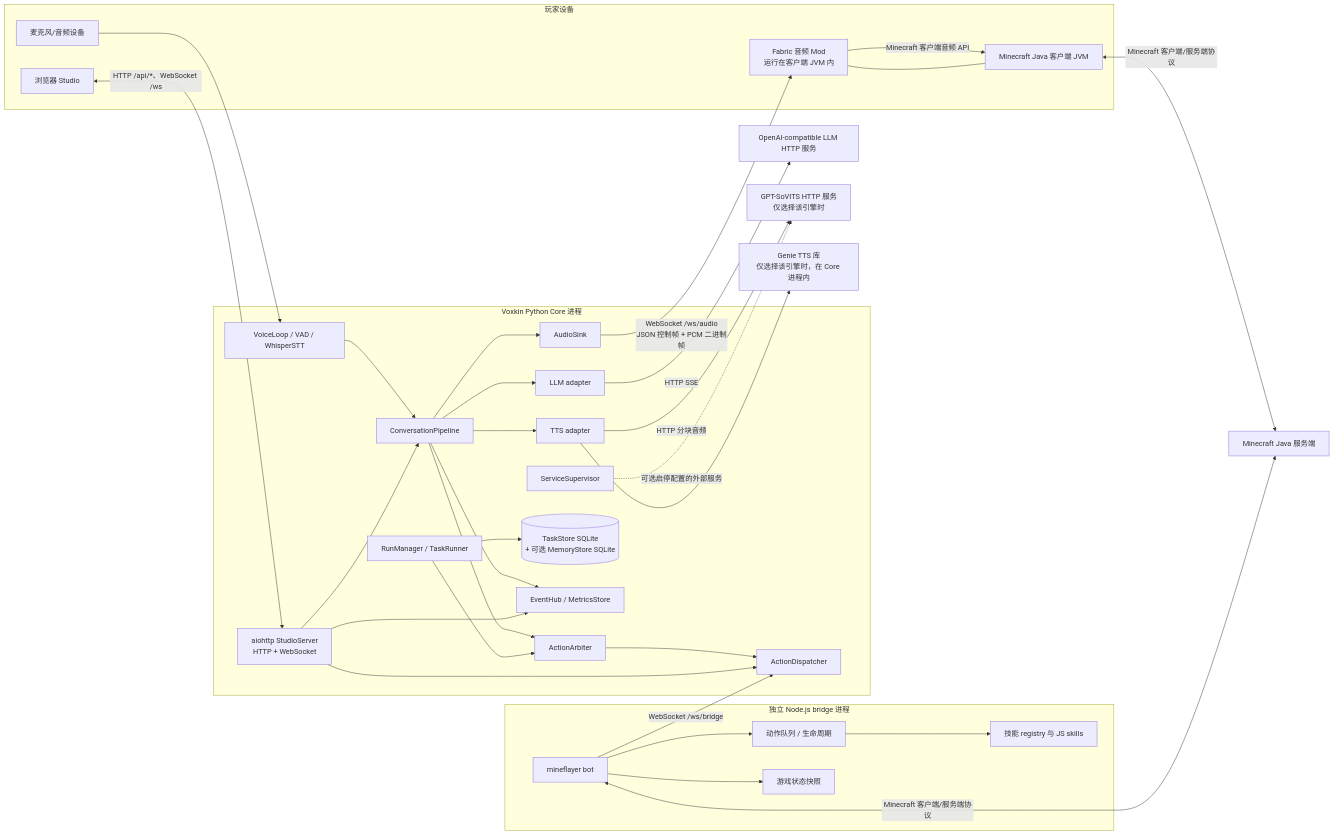
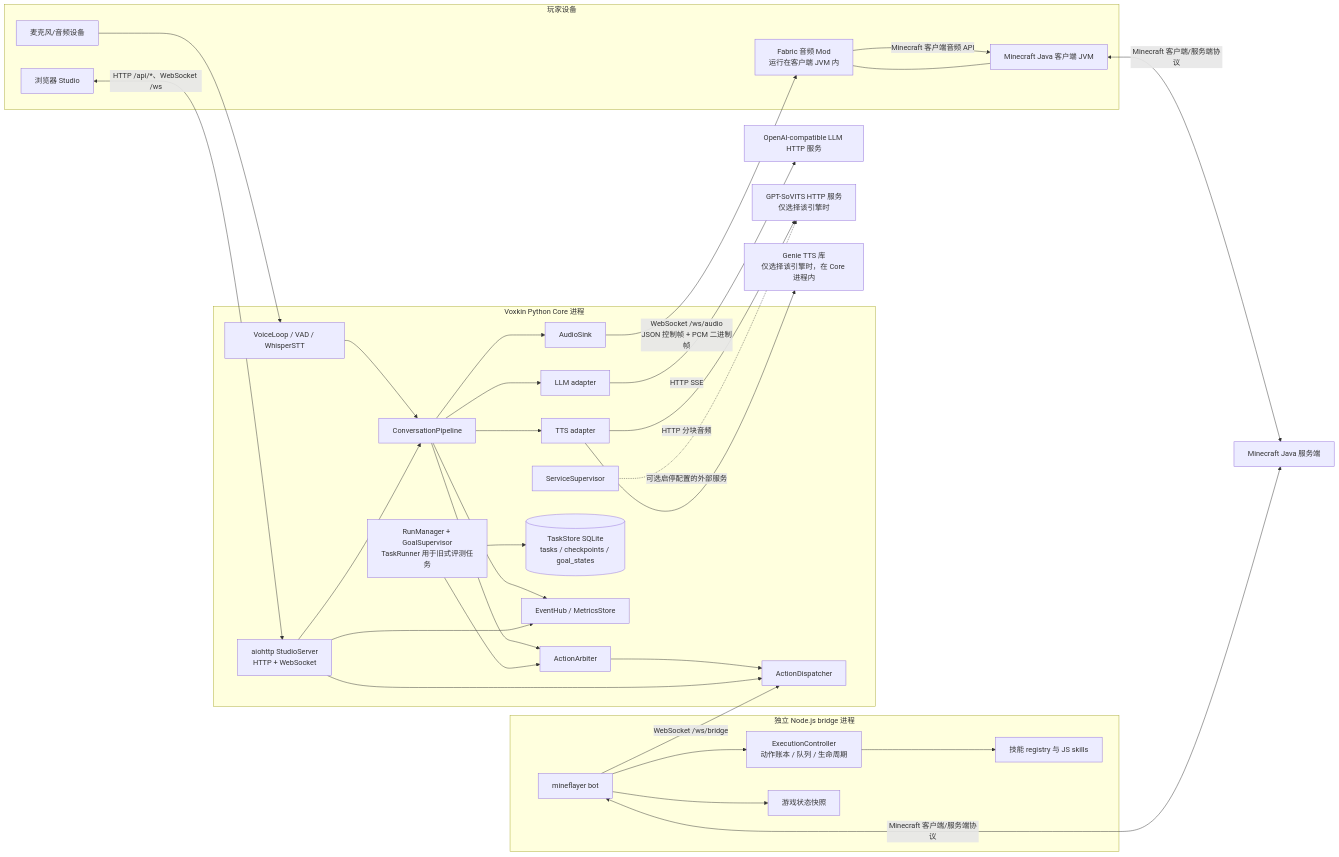
The first of 2 diagrams in docs/ARCHITECTURE.md (DeckDes233/Voxkin), drawn with Mermaid before and after one commit. The commit also changed other lines of this file and 62 other files, not shown here.

````diff
--- a/docs/ARCHITECTURE.md
+++ b/docs/ARCHITECTURE.md
@@ -19,63 +19,63 @@
 ```mermaid
 flowchart LR
     subgraph Client[玩家设备]
         MIC[麦克风/音频设备]
         BROWSER[浏览器 Studio]
         MCClient[Minecraft Java 客户端 JVM]
         MOD[Fabric 音频 Mod<br/>运行在客户端 JVM 内]
         MCClient --- MOD
     end
 
     subgraph CoreProcess[Voxkin Python Core 进程]
         HTTP[aiohttp StudioServer<br/>HTTP + WebSocket]
         PIPE[ConversationPipeline]
         VOICE[VoiceLoop / VAD / WhisperSTT]
         LLMAD[LLM adapter]
         TTSAD[TTS adapter]
         AUDIO[AudioSink]
         ARB[ActionArbiter]
         DISP[ActionDispatcher]
-        RUN[RunManager / TaskRunner]
-        DB[(TaskStore SQLite<br/>+ 可选 MemoryStore SQLite)]
+        RUN[RunManager + GoalSupervisor<br/>TaskRunner 用于旧式评测任务]
+        DB[(TaskStore SQLite<br/>tasks / checkpoints / goal_states)]
         HUB[EventHub / MetricsStore]
         SUP[ServiceSupervisor]
     end
 
     subgraph BridgeProcess[独立 Node.js bridge 进程]
         MF[mineflayer bot]
-        QUEUE[动作队列 / 生命周期]
+        QUEUE[ExecutionController<br/>动作账本 / 队列 / 生命周期]
         SK[技能 registry 与 JS skills]
         OBS[游戏状态快照]
         MF --> QUEUE
         QUEUE --> SK
         MF --> OBS
     end
 
     MCS[Minecraft Java 服务端]
     LLMService[OpenAI-compatible LLM HTTP 服务]
     TTSService[GPT-SoVITS HTTP 服务<br/>仅选择该引擎时]
     Genie[Genie TTS 库<br/>仅选择该引擎时，在 Core 进程内]
 
     MIC --> VOICE --> PIPE
     BROWSER <-->|HTTP /api/*、WebSocket /ws| HTTP
     HTTP --> PIPE
     PIPE --> LLMAD -->|HTTP SSE| LLMService
     PIPE --> TTSAD
     TTSAD -->|HTTP 分块音频| TTSService
     TTSAD --> Genie
     PIPE --> AUDIO
     AUDIO -->|WebSocket /ws/audio<br/>JSON 控制帧 + PCM 二进制帧| MOD
     MOD -->|Minecraft 客户端音频 API| MCClient
 
     MCClient <-->|Minecraft 客户端/服务端协议| MCS
     MF <-->|Minecraft 客户端/服务端协议| MCS
     MF -->|WebSocket /ws/bridge| DISP
     PIPE --> ARB
     RUN --> ARB
     ARB --> DISP
     HTTP --> DISP
     RUN --> DB
     PIPE --> HUB
     HTTP --> HUB
     SUP -.可选启停配置的外部服务.-> TTSService
 ```
````
